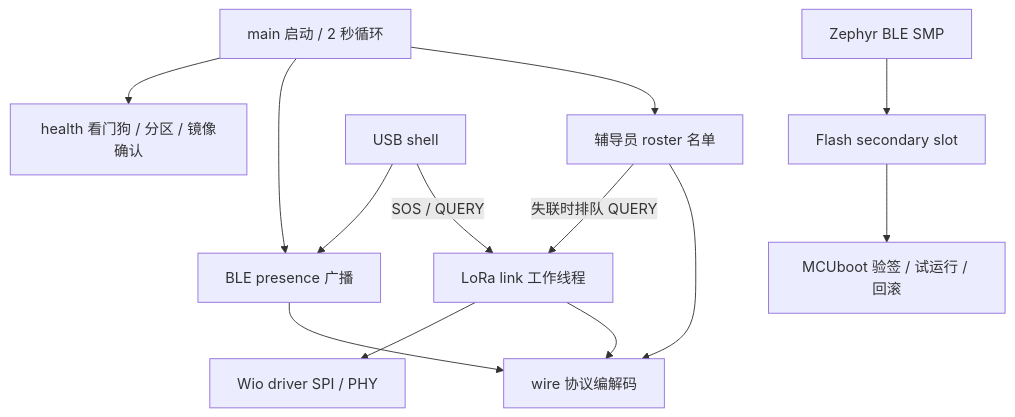
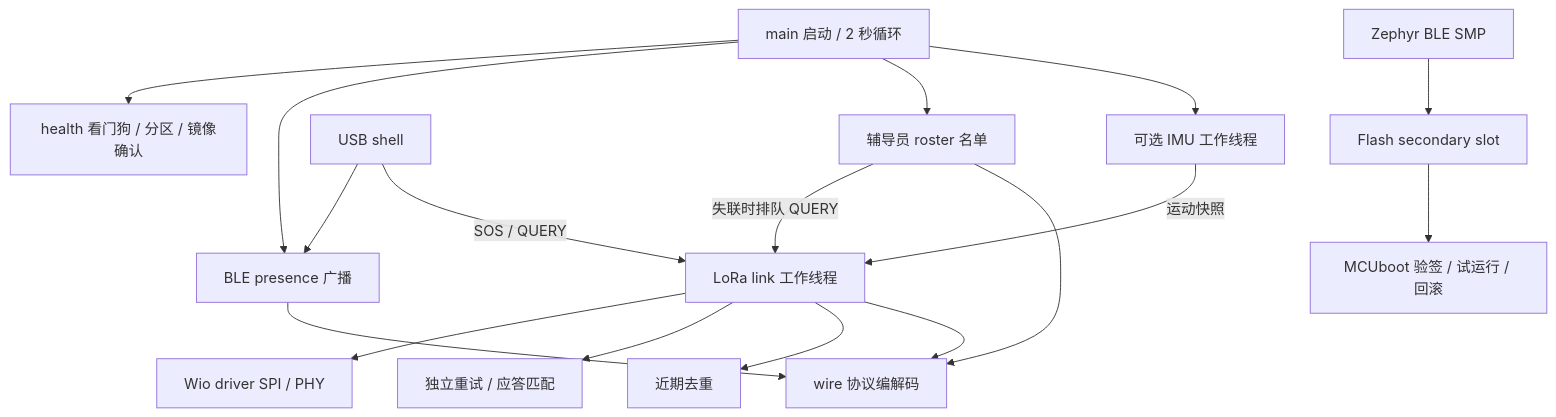
The diagram in docs/zh/FIRMWARE.md (ese5180/f26-t02-wearable-buddy-system), drawn with Mermaid before and after one commit. The commit also changed other lines of this file and 84 other files, not shown here.

````diff
--- a/docs/zh/FIRMWARE.md
+++ b/docs/zh/FIRMWARE.md
@@ -28,15 +34,19 @@
 ```mermaid
 flowchart TD
     MAIN[main 启动 / 2 秒循环] --> HEALTH[health 看门狗 / 分区 / 镜像确认]
     MAIN --> PRES[BLE presence 广播]
     MAIN --> ROSTER[辅导员 roster 名单]
     ROSTER -->|失联时排队 QUERY| LINK[LoRa link 工作线程]
     SHELL[USB shell] --> PRES
     SHELL -->|SOS / QUERY| LINK
     LINK --> DRIVER[Wio driver SPI / PHY]
+    LINK --> EXCHANGE[独立重试 / 应答匹配]
+    LINK --> HISTORY[近期去重]
+    MAIN --> IMU[可选 IMU 工作线程]
+    IMU -->|运动快照| LINK
     PRES --> WIRE[wire 协议编解码]
     ROSTER --> WIRE
     LINK --> WIRE
     SMP[Zephyr BLE SMP] --> SLOT[Flash secondary slot]
     SLOT --> BOOT[MCUboot 验签 / 试运行 / 回滚]
 ```
````
